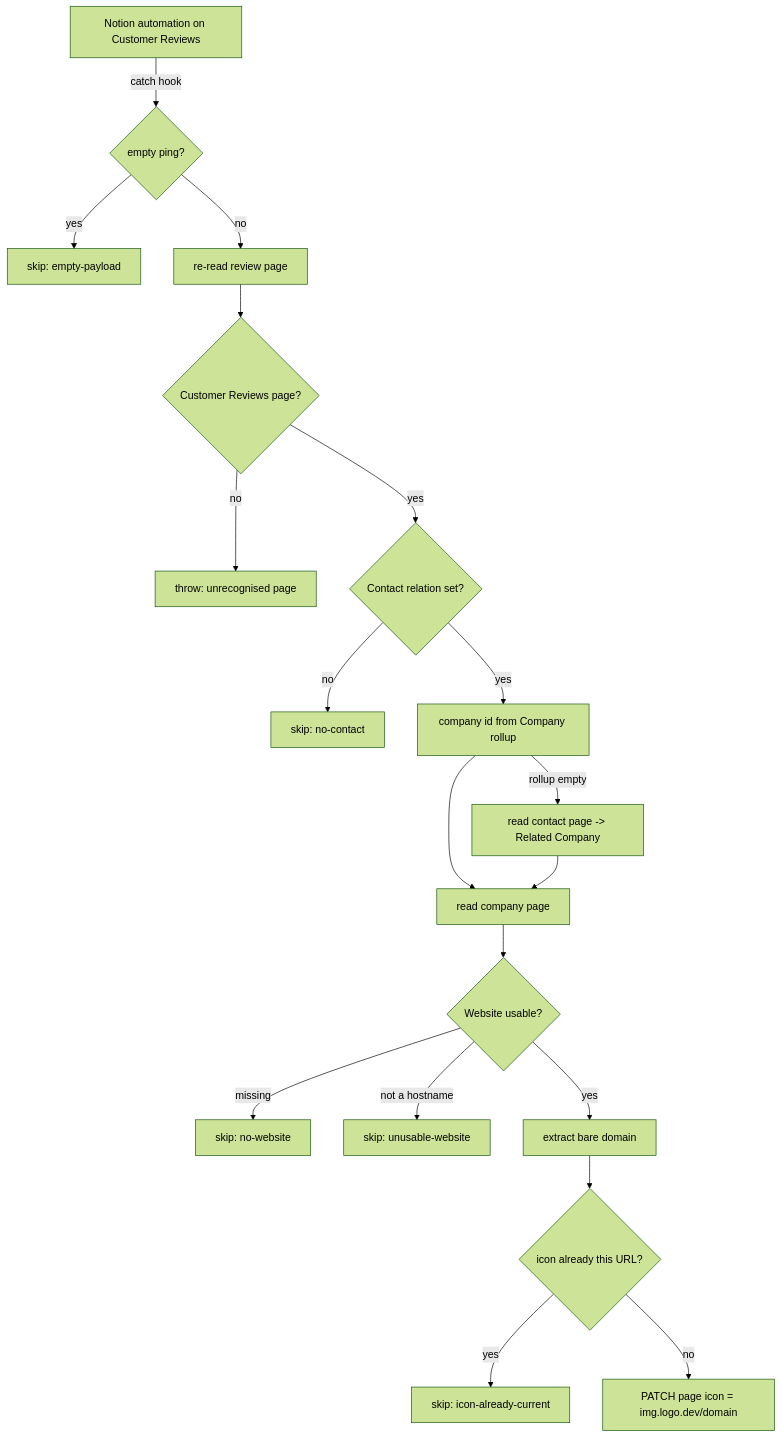
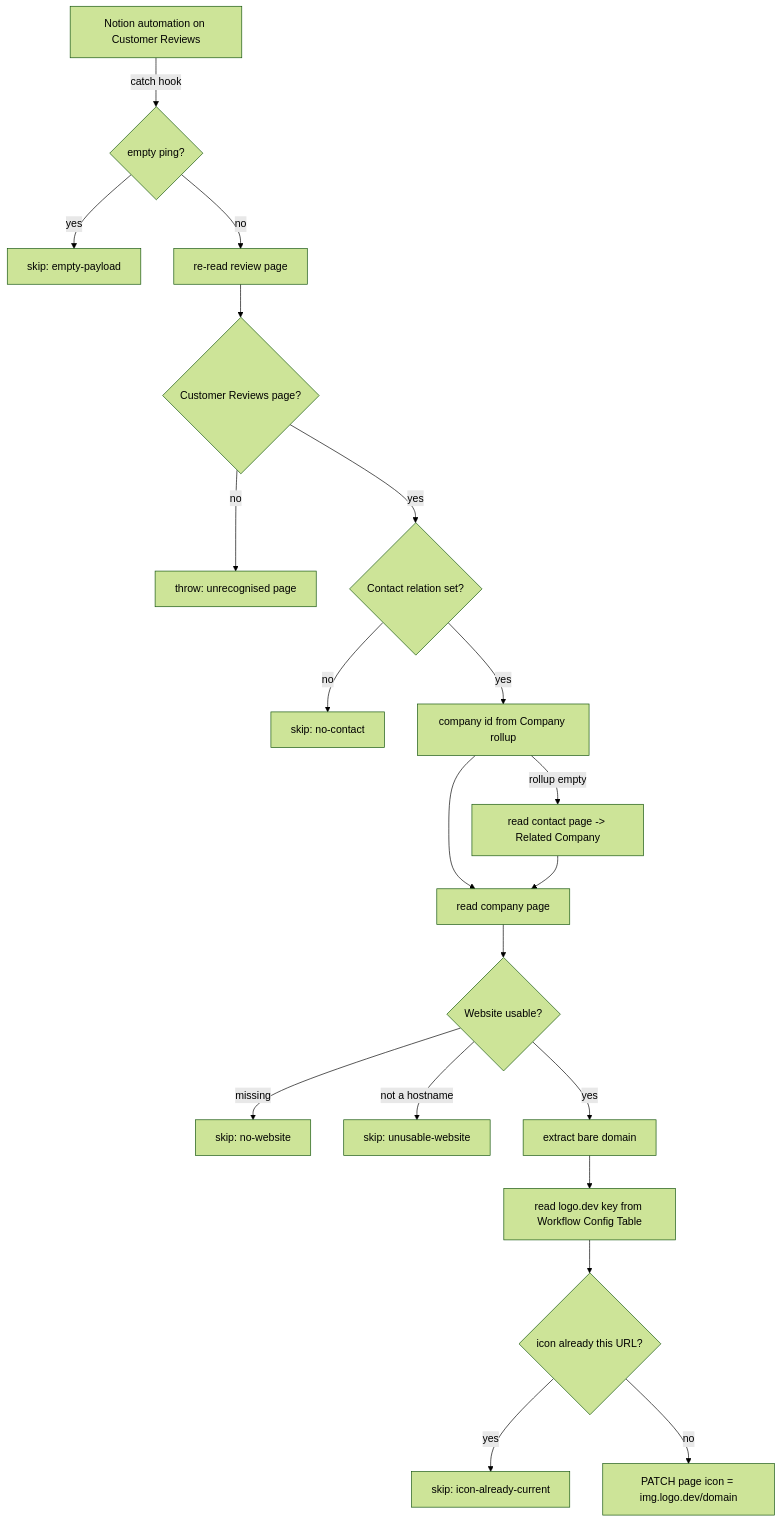
One commit to work-flowers/zapier-sdk changed the diagram in notion-review-to-company-logo/README.md. Above: the diagram before and after it, drawn with Mermaid (forest theme). The commit also changed other lines of this file and 2 other files, not shown here.

First line of the commit message:
notion-review-to-company-logo: read the logo.dev key from a Zapier Table

````diff
--- a/notion-review-to-company-logo/README.md
+++ b/notion-review-to-company-logo/README.md
@@ -32,21 +32,22 @@
 ```mermaid
 flowchart TD
     A[Notion automation on Customer Reviews] -->|catch hook| B{empty ping?}
     B -->|yes| B1[skip: empty-payload]
     B -->|no| C[re-read review page]
     C --> D{Customer Reviews page?}
     D -->|no| D1[throw: unrecognised page]
     D -->|yes| E{Contact relation set?}
     E -->|no| E1[skip: no-contact]
     E -->|yes| F[company id from Company rollup]
     F -->|rollup empty| G[read contact page -> Related Company]
     F --> H[read company page]
     G --> H
     H --> I{Website usable?}
     I -->|missing| I1[skip: no-website]
     I -->|not a hostname| I2[skip: unusable-website]
     I -->|yes| J[extract bare domain]
-    J --> K{icon already this URL?}
+    J --> R[read logo.dev key from Workflow Config Table]
+    R --> K{icon already this URL?}
     K -->|yes| K1[skip: icon-already-current]
     K -->|no| L[PATCH page icon = img.logo.dev/domain]
 ```
````
